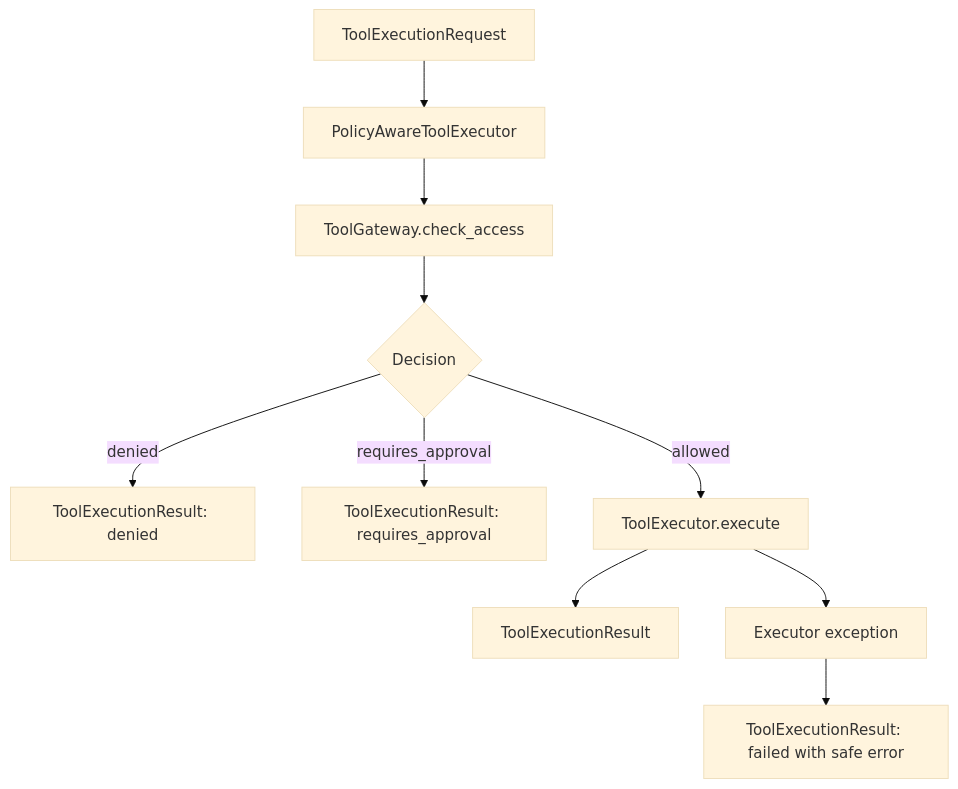
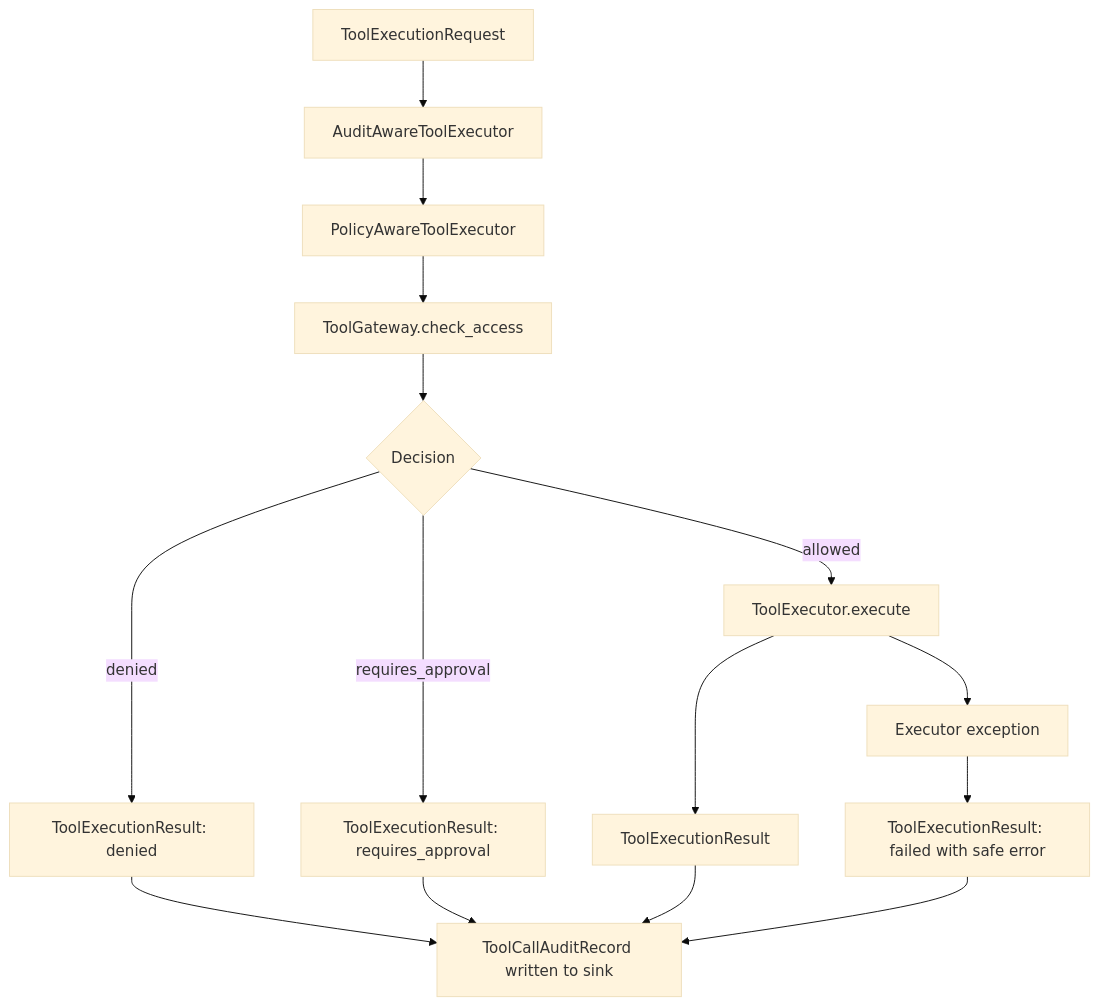
Before and after one commit to Tenaity/ai-agent-platform: the diagram in docs/tool-execution.md, drawn with Mermaid (base theme). The commit also changed other lines of this file and 12 other files, not shown here.

First line of the commit message:
feat(tools): PR-013 tool call audit record + fake customer-service executor

````diff
--- a/docs/tool-execution.md
+++ b/docs/tool-execution.md
@@ -37,12 +41,17 @@
 ```mermaid
 flowchart TD
-    Request["ToolExecutionRequest"] --> Wrapper["PolicyAwareToolExecutor"]
+    Request["ToolExecutionRequest"] --> Audit["AuditAwareToolExecutor"]
+    Audit --> Wrapper["PolicyAwareToolExecutor"]
     Wrapper --> Gateway["ToolGateway.check_access"]
     Gateway --> Decision{"Decision"}
     Decision -- denied --> Denied["ToolExecutionResult: denied"]
     Decision -- requires_approval --> Approval["ToolExecutionResult: requires_approval"]
     Decision -- allowed --> Executor["ToolExecutor.execute"]
     Executor --> Result["ToolExecutionResult"]
     Executor --> Exception["Executor exception"]
     Exception --> Failed["ToolExecutionResult: failed with safe error"]
+    Denied --> AuditRecord["ToolCallAuditRecord written to sink"]
+    Approval --> AuditRecord
+    Result --> AuditRecord
+    Failed --> AuditRecord
 ```
````
